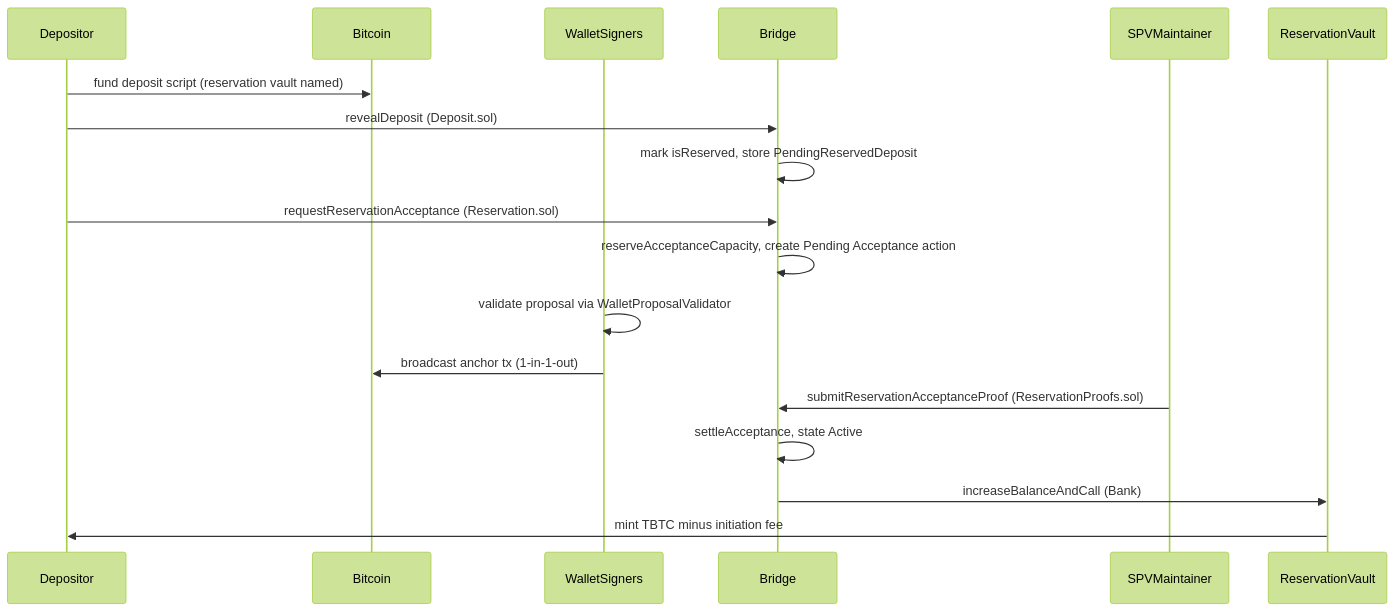
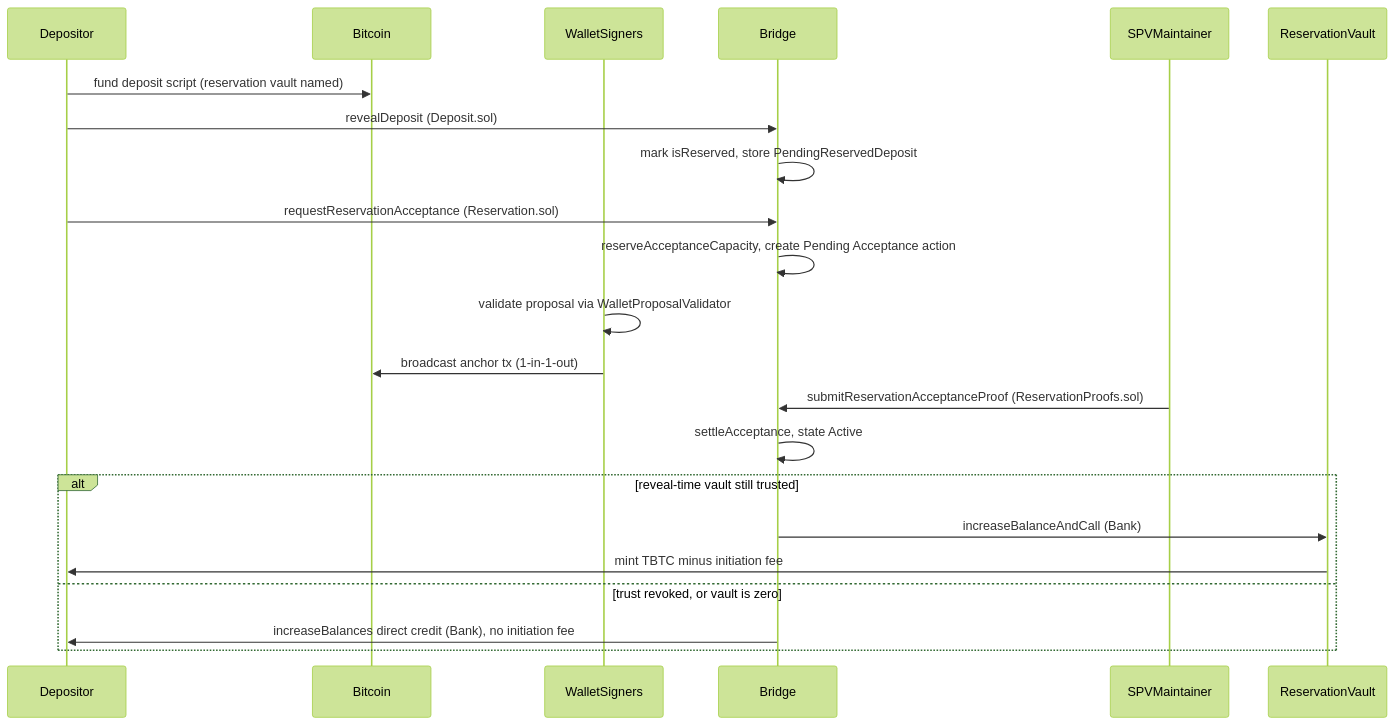
The second of 8 diagrams in docs/spec/reservations/architecture.md (threshold-network/keep-core), drawn with Mermaid (forest theme) before and after one commit. The commit also changed other lines of this file and 18 other files, not shown here.

````diff
--- a/docs/spec/reservations/architecture.md
+++ b/docs/spec/reservations/architecture.md
@@ -283,20 +363,24 @@
 ```mermaid
 sequenceDiagram
   participant Depositor
   participant Bitcoin
   participant Wallet as WalletSigners
   participant Bridge
   participant SPV as SPVMaintainer
   participant Vault as ReservationVault
   Depositor->>Bitcoin: fund deposit script (reservation vault named)
   Depositor->>Bridge: revealDeposit (Deposit.sol)
   Bridge->>Bridge: mark isReserved, store PendingReservedDeposit
   Depositor->>Bridge: requestReservationAcceptance (Reservation.sol)
   Bridge->>Bridge: reserveAcceptanceCapacity, create Pending Acceptance action
   Wallet->>Wallet: validate proposal via WalletProposalValidator
   Wallet->>Bitcoin: broadcast anchor tx (1-in-1-out)
   SPV->>Bridge: submitReservationAcceptanceProof (ReservationProofs.sol)
   Bridge->>Bridge: settleAcceptance, state Active
-  Bridge->>Vault: increaseBalanceAndCall (Bank)
-  Vault->>Depositor: mint TBTC minus initiation fee
+  alt reveal-time vault still trusted
+    Bridge->>Vault: increaseBalanceAndCall (Bank)
+    Vault->>Depositor: mint TBTC minus initiation fee
+  else trust revoked, or vault is zero
+    Bridge->>Depositor: increaseBalances direct credit (Bank), no initiation fee
+  end
 ```
````
